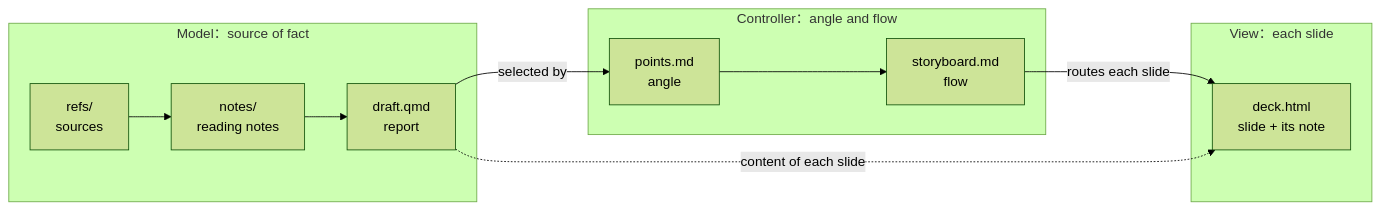
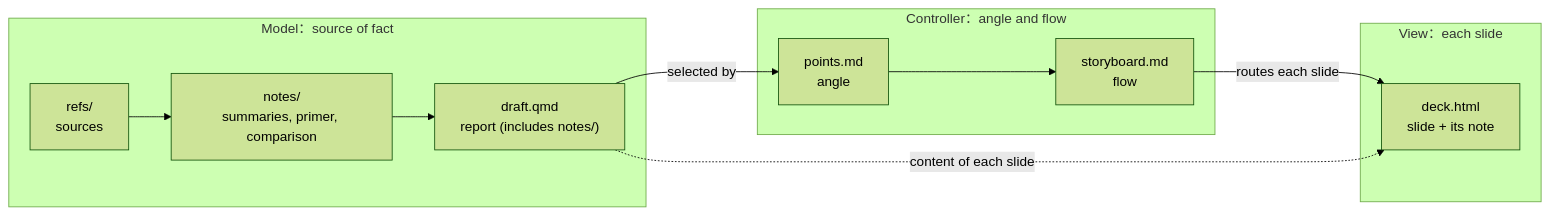
Before and after one commit to enstw/thesisbug2: the diagram in assets/templates/presentation/presentation-protocol.md, drawn with Mermaid (forest theme). The commit also changed other lines of this file and 21 other files, not shown here.

````diff
--- a/assets/templates/presentation/presentation-protocol.md
+++ b/assets/templates/presentation/presentation-protocol.md
@@ -17,15 +24,15 @@
 ```mermaid
 flowchart LR
     subgraph M["Model：source of fact"]
-        R["refs/<br>sources"] --> N["notes/<br>reading notes"] --> D["draft.qmd<br>report"]
+        R["refs/<br>sources"] --> N["notes/<br>summaries, primer, comparison"] --> D["draft.qmd<br>report (includes notes/)"]
     end
     subgraph C["Controller：angle and flow"]
         P["points.md<br>angle"] --> S["storyboard.md<br>flow"]
     end
     subgraph V["View：each slide"]
         K["deck.html<br>slide + its note"]
     end
     D -->|selected by| P
     S -->|routes each slide| K
     D -.->|content of each slide| K
 ```
````
